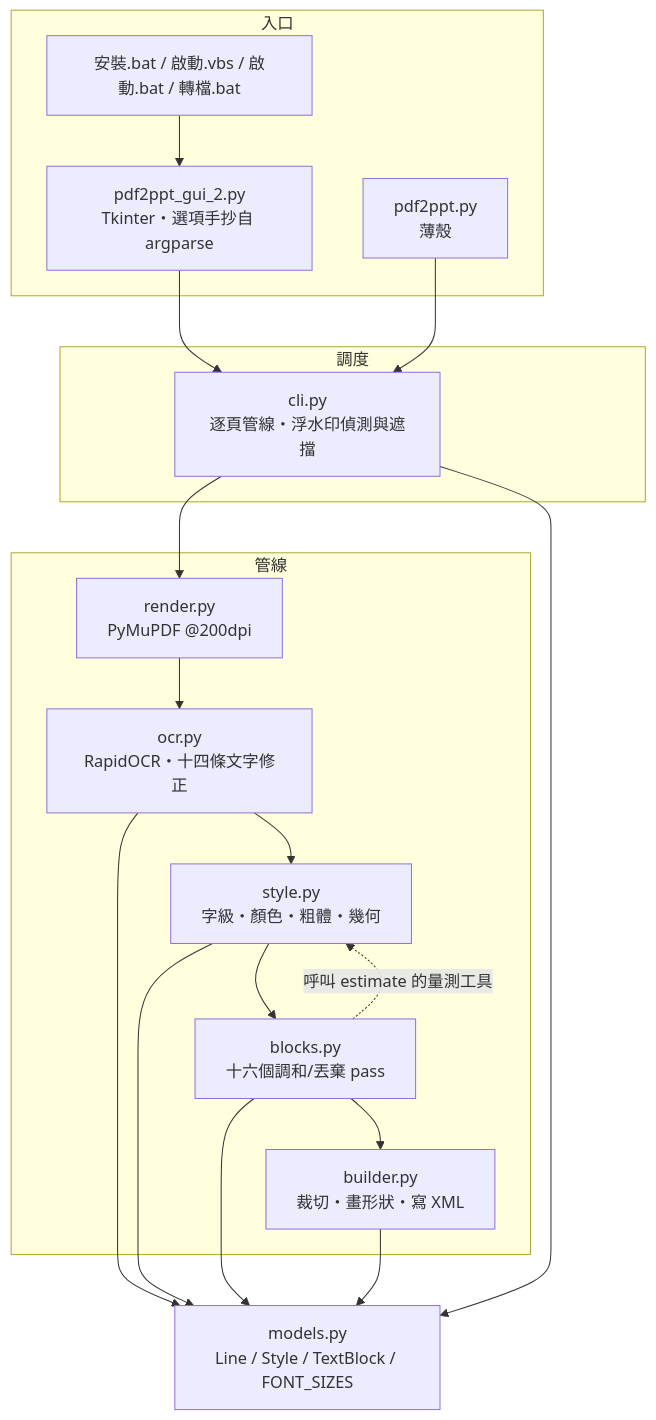
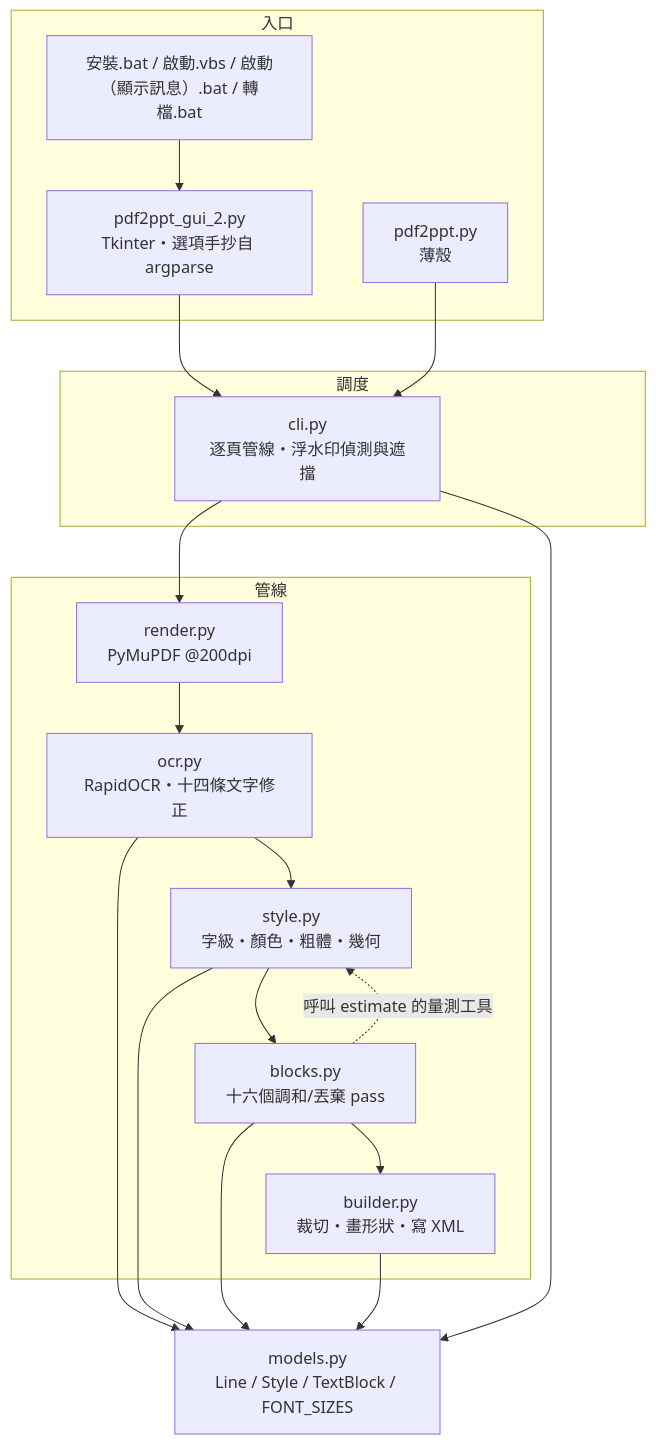
One commit to VincentLiang1/NotebookLM_OCR changed the diagram in docs/系統規格.md. Above: the diagram before and after it, drawn with Mermaid. The commit also changed 7 other files, not shown here.

First line of the commit message:
啟動.bat 改名為 啟動（顯示訊息）.bat，主次一眼分明

````diff
--- a/docs/系統規格.md
+++ b/docs/系統規格.md
@@ -27,25 +27,25 @@
 ```mermaid
 flowchart TD
     subgraph 入口
-        BAT["安裝.bat / 啟動.vbs / 啟動.bat / 轉檔.bat"]
+        BAT["安裝.bat / 啟動.vbs / 啟動（顯示訊息）.bat / 轉檔.bat"]
         GUI["pdf2ppt_gui_2.py<br/>Tkinter・選項手抄自 argparse"]
         CLIENT["pdf2ppt.py<br/>薄殼"]
     end
     subgraph 調度
         CLI["cli.py<br/>逐頁管線・浮水印偵測與遮擋"]
     end
     subgraph 管線
         RENDER["render.py<br/>PyMuPDF @200dpi"]
         OCR["ocr.py<br/>RapidOCR・十四條文字修正"]
         STYLE["style.py<br/>字級・顏色・粗體・幾何"]
         BLOCKS["blocks.py<br/>十六個調和/丟棄 pass"]
         BUILDER["builder.py<br/>裁切・畫形狀・寫 XML"]
     end
     MODELS["models.py<br/>Line / Style / TextBlock / FONT_SIZES"]
 
     BAT --> GUI --> CLI
     CLIENT --> CLI
     CLI --> RENDER --> OCR --> STYLE --> BLOCKS --> BUILDER
     OCR & STYLE & BLOCKS & BUILDER & CLI --> MODELS
     BLOCKS -.呼叫 estimate 的量測工具.-> STYLE
 ```
````
